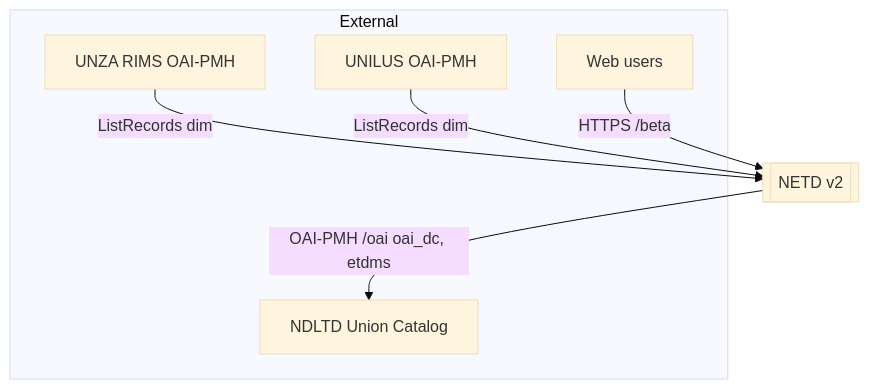
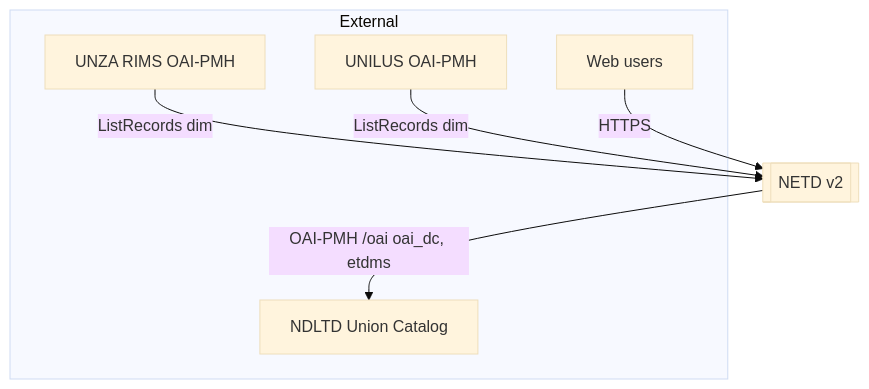
Before and after one commit to lightonphiri/code-datalab26-netd_aggregator: the second of 15 diagrams in docs/SDD.md, drawn with Mermaid (base theme). The commit also changed other lines of this file and 9 other files, not shown here.

Commit message:
SRS and SDD published in the manual site under Reference (MkDocs hook); two SDD diagrams GitHub could not render fixed; /beta removed from current diagrams; FR-34 subject as code; SRS 0.42, SDD 0.41 (post-paper)

````diff
--- a/docs/SDD.md
+++ b/docs/SDD.md
@@ -93,14 +94,14 @@
 ```mermaid
 flowchart TB
   subgraph External
     IR1[UNZA RIMS OAI-PMH]
     IR2[UNILUS OAI-PMH]
     NDLTD[NDLTD Union Catalog]
     Users[Web users]
   end
   NETD[[NETD v2]]
   IR1 -->|ListRecords dim| NETD
   IR2 -->|ListRecords dim| NETD
-  Users -->|HTTPS /beta| NETD
+  Users -->|HTTPS| NETD
   NETD -->|OAI-PMH /oai oai_dc, etdms| NDLTD
 ```
````
